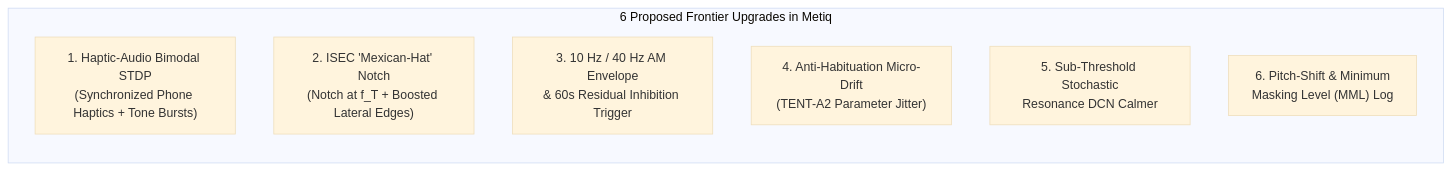
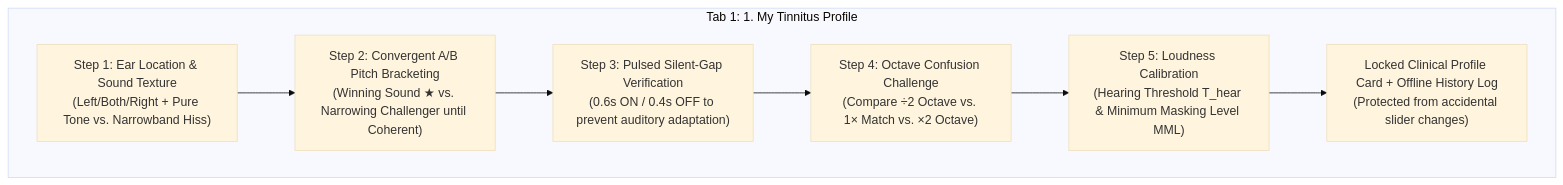
One commit to shumilica/tinitus-metiq-android-app changed the diagram in TINNITUS_FRONTIER_RESEARCH.md. Above: the diagram before and after it, drawn with Mermaid (base theme). The commit also changed other lines of this file and 13 other files, not shown here.

Commit message:
Add 5-step convergent tinnitus calibration, locked profile, 7 frontier therapies, and daily schedule with snooze

````diff
--- a/TINNITUS_FRONTIER_RESEARCH.md
+++ b/TINNITUS_FRONTIER_RESEARCH.md
@@ -64,11 +65,12 @@
 ```mermaid
-flowchart LR
-    subgraph Frontier["6 Proposed Frontier Upgrades in Metiq"]
-        Bimodal["1. Haptic-Audio Bimodal STDP\n(Synchronized Phone Haptics + Tone Bursts)"]
-        ISEC["2. ISEC 'Mexican-Hat' Notch\n(Notch at f_T + Boosted Lateral Edges)"]
-        SAM["3. 10 Hz / 40 Hz AM Envelope\n& 60s Residual Inhibition Trigger"]
-        Drift["4. Anti-Habituation Micro-Drift\n(TENT-A2 Parameter Jitter)"]
-        SR["5. Sub-Threshold Stochastic\nResonance DCN Calmer"]
-        Tracker["6. Pitch-Shift & Minimum\nMasking Level (MML) Log"]
+flowchart TD
+    subgraph Tab1["Tab 1: 1. My Tinnitus Profile"]
+        S1["Step 1: Ear Location & Sound Texture\n(Left/Both/Right + Pure Tone vs. Narrowband Hiss)"]
+        S2["Step 2: Convergent A/B Pitch Bracketing\n(Winning Sound ★ vs. Narrowing Challenger until Coherent)"]
+        S3["Step 3: Pulsed Silent-Gap Verification\n(0.6s ON / 0.4s OFF to prevent auditory adaptation)"]
+        S4["Step 4: Octave Confusion Challenge\n(Compare ÷2 Octave vs. 1× Match vs. ×2 Octave)"]
+        S5["Step 5: Loudness Calibration\n(Hearing Threshold T_hear & Minimum Masking Level MML)"]
+        Lock["Locked Clinical Profile Card + Offline History Log\n(Protected from accidental slider changes)"]
+        S1 --> S2 --> S3 --> S4 --> S5 --> Lock
     end
 ```
````
